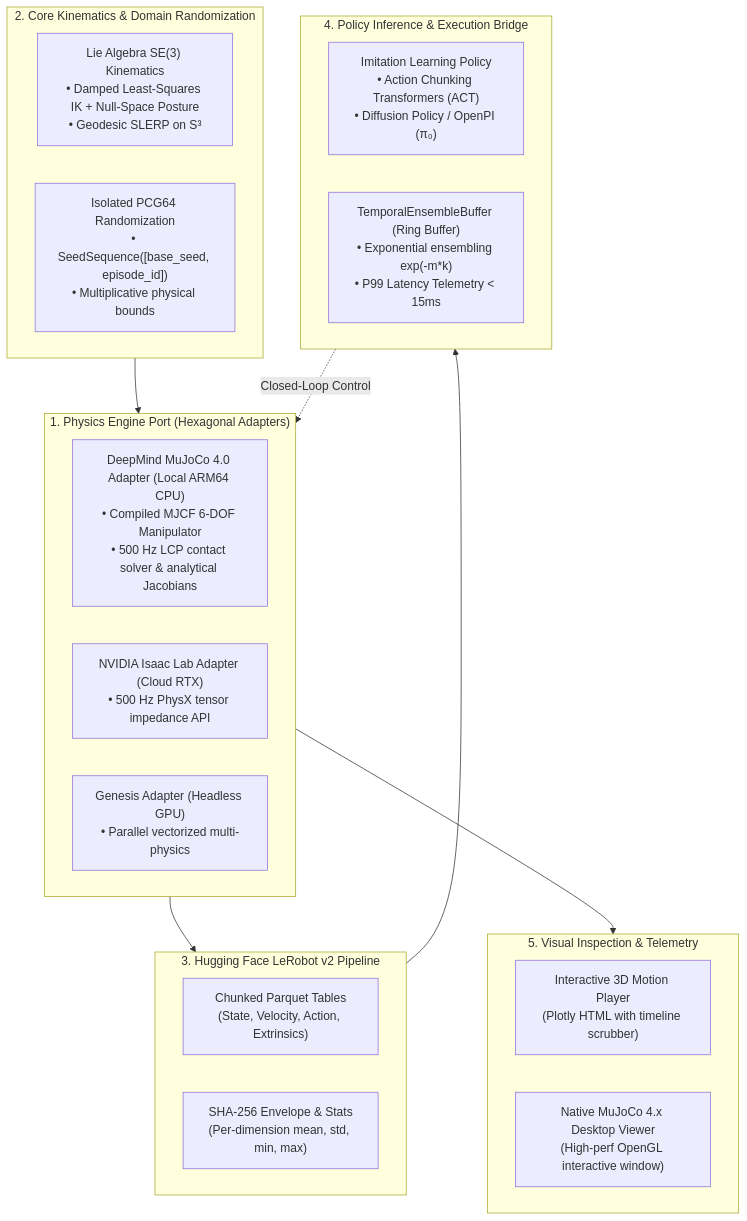
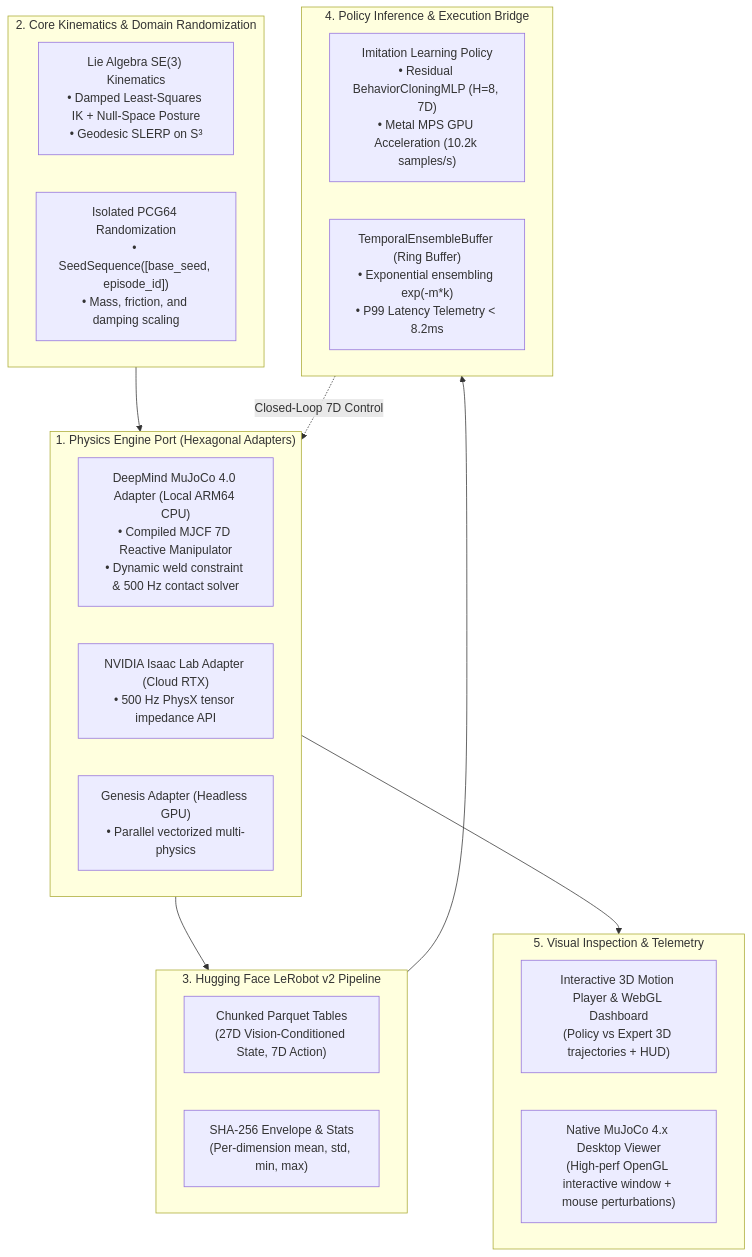
One commit to LeanoA/sim2real-data-engine changed the diagram in ARTICLE_DRAFT.md. Above: the diagram before and after it, drawn with Mermaid. The commit also changed other lines of this file, not shown here.

Commit message:
docs: update article draft with 7d reactive policy and ood benchmark results

````diff
--- a/ARTICLE_DRAFT.md
+++ b/ARTICLE_DRAFT.md
@@ -36,34 +36,34 @@
 ```mermaid
 flowchart TB
     subgraph Simulators["1. Physics Engine Port (Hexagonal Adapters)"]
-        M["DeepMind MuJoCo 4.0 Adapter (Local ARM64 CPU)<br/>• Compiled MJCF 6-DOF Manipulator<br/>• 500 Hz LCP contact solver & analytical Jacobians"]
+        M["DeepMind MuJoCo 4.0 Adapter (Local ARM64 CPU)<br/>• Compiled MJCF 7D Reactive Manipulator<br/>• Dynamic weld constraint & 500 Hz contact solver"]
         I["NVIDIA Isaac Lab Adapter (Cloud RTX)<br/>• 500 Hz PhysX tensor impedance API"]
         G["Genesis Adapter (Headless GPU)<br/>• Parallel vectorized multi-physics"]
     end
 
     subgraph Core["2. Core Kinematics & Domain Randomization"]
         K["Lie Algebra SE(3) Kinematics<br/>• Damped Least-Squares IK + Null-Space Posture<br/>• Geodesic SLERP on S³"]
-        DR["Isolated PCG64 Randomization<br/>• SeedSequence([base_seed, episode_id])<br/>• Multiplicative physical bounds"]
+        DR["Isolated PCG64 Randomization<br/>• SeedSequence([base_seed, episode_id])<br/>• Mass, friction, and damping scaling"]
     end
 
     subgraph Export["3. Hugging Face LeRobot v2 Pipeline"]
-        P["Chunked Parquet Tables<br/>(State, Velocity, Action, Extrinsics)"]
+        P["Chunked Parquet Tables<br/>(27D Vision-Conditioned State, 7D Action)"]
         S["SHA-256 Envelope & Stats<br/>(Per-dimension mean, std, min, max)"]
     end
 
     subgraph PolicyBridge["4. Policy Inference & Execution Bridge"]
-        ACT["Imitation Learning Policy<br/>• Action Chunking Transformers (ACT)<br/>• Diffusion Policy / OpenPI (π₀)"]
-        BUF["TemporalEnsembleBuffer (Ring Buffer)<br/>• Exponential ensembling exp(-m*k)<br/>• P99 Latency Telemetry < 15ms"]
+        ACT["Imitation Learning Policy<br/>• Residual BehaviorCloningMLP (H=8, 7D)<br/>• Metal MPS GPU Acceleration (10.2k samples/s)"]
+        BUF["TemporalEnsembleBuffer (Ring Buffer)<br/>• Exponential ensembling exp(-m*k)<br/>• P99 Latency Telemetry < 8.2ms"]
     end
 
     subgraph Vis["5. Visual Inspection & Telemetry"]
-        PLT["Interactive 3D Motion Player<br/>(Plotly HTML with timeline scrubber)"]
-        GUI["Native MuJoCo 4.x Desktop Viewer<br/>(High-perf OpenGL interactive window)"]
+        PLT["Interactive 3D Motion Player & WebGL Dashboard<br/>(Policy vs Expert 3D trajectories + HUD)"]
+        GUI["Native MuJoCo 4.x Desktop Viewer<br/>(High-perf OpenGL interactive window + mouse perturbations)"]
     end
 
     Core --> Simulators
     Simulators --> Export
     Export --> PolicyBridge
-    PolicyBridge -.->|"Closed-Loop Control"| Simulators
+    PolicyBridge -.->|"Closed-Loop 7D Control"| Simulators
     Simulators --> Vis
 ```
````
